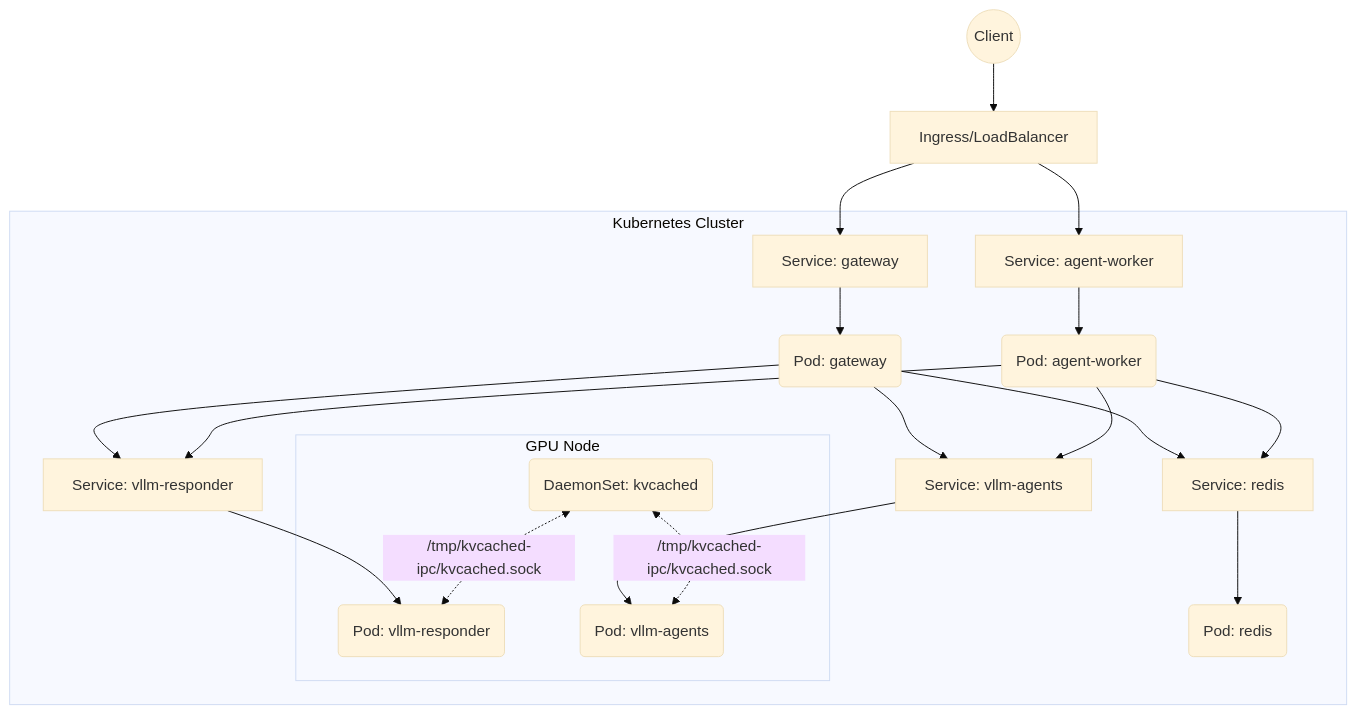
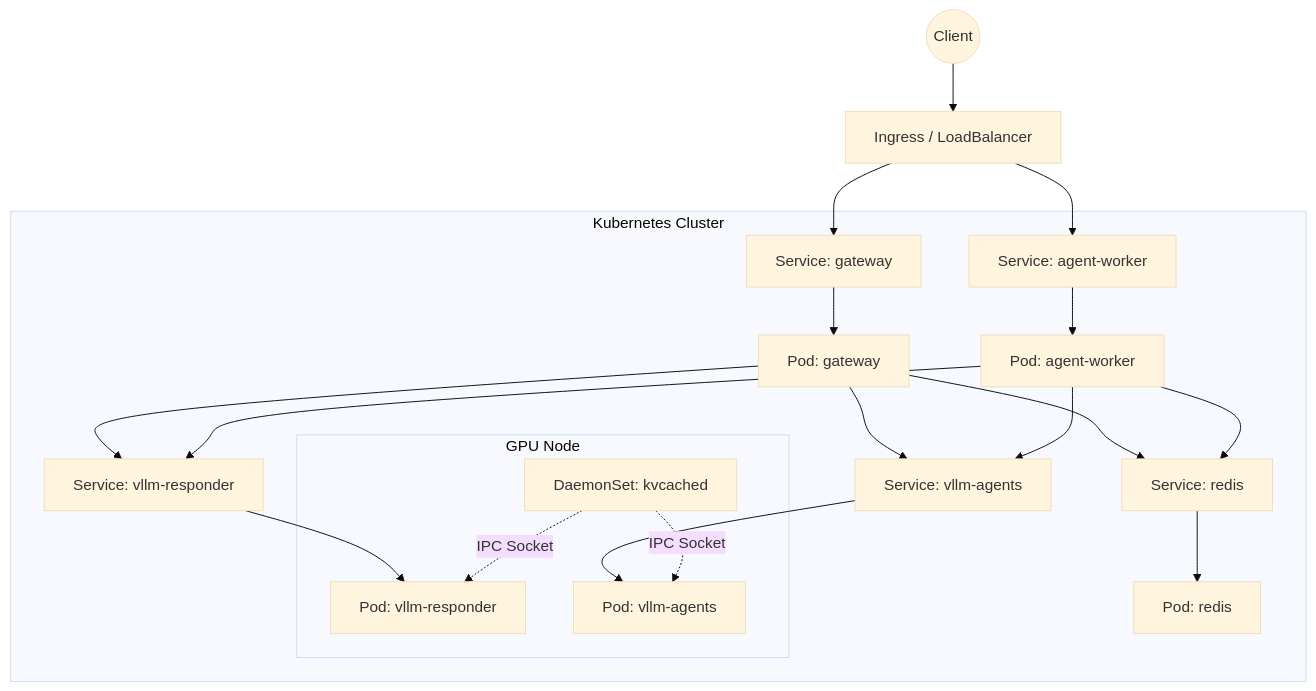
Before and after one commit to savyasachi6/llm-serving-platform: the diagram in docs/kubernetes-guide.md, drawn with Mermaid (base theme). The commit also changed other lines of this file and 68 other files, not shown here.

````diff
--- a/docs/kubernetes-guide.md
+++ b/docs/kubernetes-guide.md
@@ -9,32 +9,32 @@
 ```mermaid
 flowchart TB
-    Client((Client)) --> Ingress[Ingress/LoadBalancer]
-    Ingress --> SvcGW[Service: gateway]
-    Ingress --> SvcAW[Service: agent-worker]
+    Client(("Client")) --> Ingress["Ingress / LoadBalancer"]
+    Ingress --> SvcGW["Service: gateway"]
+    Ingress --> SvcAW["Service: agent-worker"]
     
-    subgraph Kubernetes Cluster
-        SvcGW --> PodGW(Pod: gateway)
-        SvcAW --> PodAW(Pod: agent-worker)
+    subgraph K8sCluster ["Kubernetes Cluster"]
+        SvcGW --> PodGW["Pod: gateway"]
+        SvcAW --> PodAW["Pod: agent-worker"]
         
-        SvcRedis[Service: redis] --> PodRedis(Pod: redis)
+        SvcRedis["Service: redis"] --> PodRedis["Pod: redis"]
         PodGW --> SvcRedis
         PodAW --> SvcRedis
         
-        SvcVllmR[Service: vllm-responder] --> PodVllmR(Pod: vllm-responder)
-        SvcVllmA[Service: vllm-agents] --> PodVllmA(Pod: vllm-agents)
+        SvcVllmR["Service: vllm-responder"] --> PodVllmR["Pod: vllm-responder"]
+        SvcVllmA["Service: vllm-agents"] --> PodVllmA["Pod: vllm-agents"]
         
         PodGW --> SvcVllmR
         PodGW --> SvcVllmA
         PodAW --> SvcVllmR
         PodAW --> SvcVllmA
         
-        subgraph GPU Node
+        subgraph GPUNode ["GPU Node"]
             PodVllmR
             PodVllmA
-            DaemonKVC(DaemonSet: kvcached)
+            DaemonKVC["DaemonSet: kvcached"]
             
-            DaemonKVC <-.->|/tmp/kvcached-ipc/kvcached.sock| PodVllmR
-            DaemonKVC <-.->|/tmp/kvcached-ipc/kvcached.sock| PodVllmA
+            DaemonKVC -.->|IPC Socket| PodVllmR
+            DaemonKVC -.->|IPC Socket| PodVllmA
         end
     end
 ```
````
